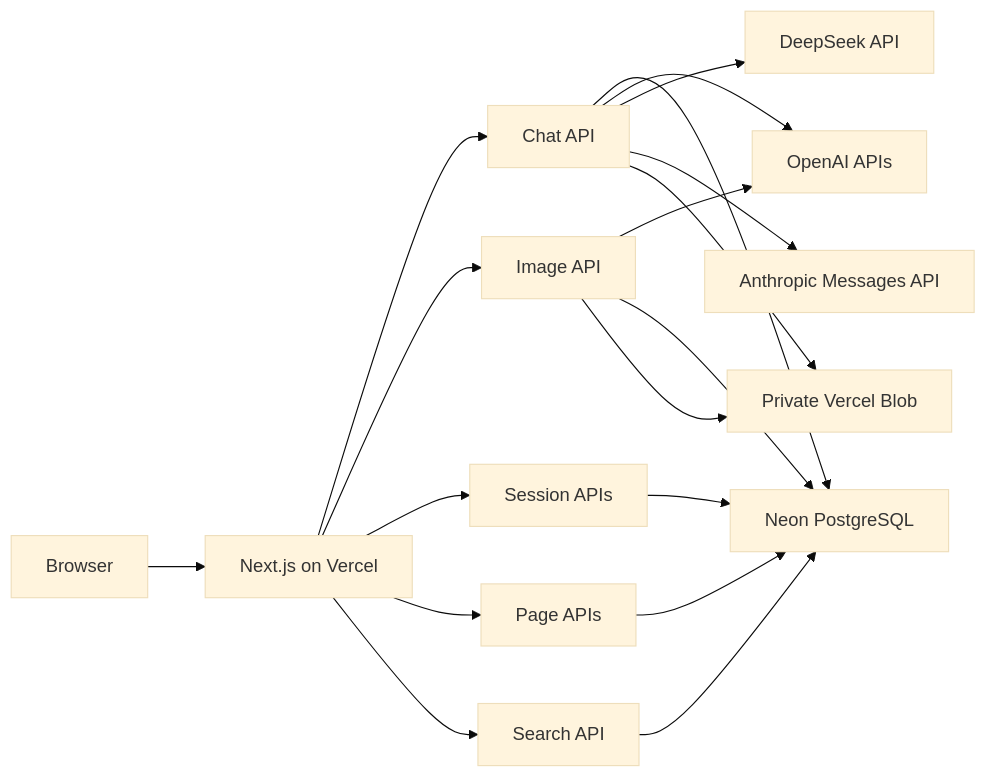
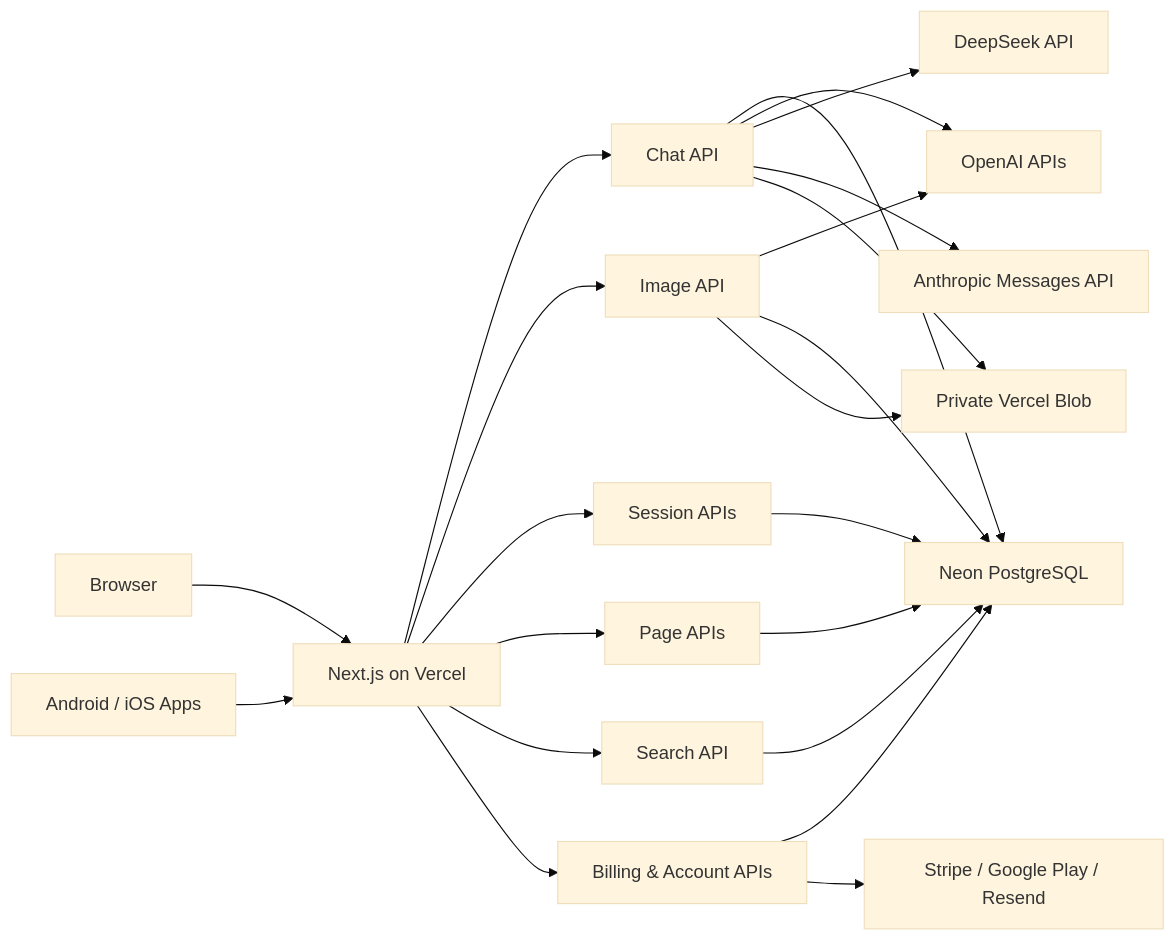
The diagram in docs/architecture/README.md (kakumine2001/NoteFable), drawn with Mermaid (base theme) before and after one commit. The commit also changed other lines of this file and 18 other files, not shown here.

````diff
--- a/docs/architecture/README.md
+++ b/docs/architecture/README.md
@@ -35,33 +35,40 @@
 ```mermaid
 flowchart LR
     Browser["Browser"]
+    Native["Android / iOS Apps"]
     App["Next.js on Vercel"]
     Chat["Chat API"]
     Images["Image API"]
     Sessions["Session APIs"]
     Pages["Page APIs"]
     Search["Search API"]
+    Billing["Billing & Account APIs"]
     Neon["Neon PostgreSQL"]
     Blob["Private Vercel Blob"]
     OpenAI["OpenAI APIs"]
     DeepSeek["DeepSeek API"]
     Anthropic["Anthropic Messages API"]
+    External["Stripe / Google Play / Resend"]
 
     Browser --> App
+    Native --> App
     App --> Chat
     App --> Images
     App --> Sessions
     App --> Pages
     App --> Search
+    App --> Billing
     Chat --> Neon
     Chat --> OpenAI
     Chat --> DeepSeek
     Chat --> Anthropic
     Chat --> Blob
     Images --> OpenAI
     Images --> Neon
     Images --> Blob
     Sessions --> Neon
     Pages --> Neon
     Search --> Neon
+    Billing --> Neon
+    Billing --> External
 ```
````
